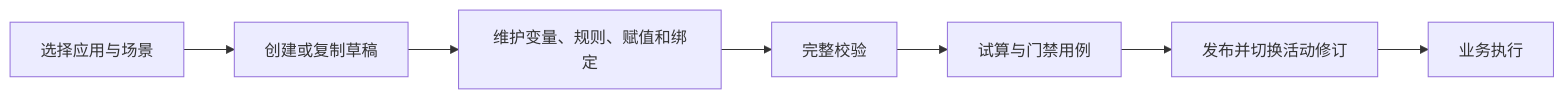
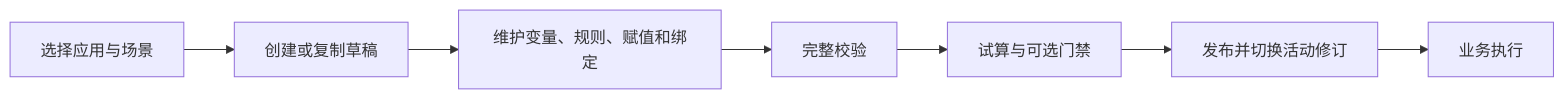
Before and after one commit to zhousl0801/NRuleEngine: the diagram in docs/product/features.md, drawn with Mermaid. The commit also changed other lines of this file and 69 other files, not shown here.

````diff
--- a/docs/product/features.md
+++ b/docs/product/features.md
@@ -84,9 +86,9 @@
 ```mermaid
 flowchart LR
     A[选择应用与场景] --> B[创建或复制草稿]
     B --> C[维护变量、规则、赋值和绑定]
     C --> D[完整校验]
-    D --> E[试算与门禁用例]
+    D --> E[试算与可选门禁]
     E --> F[发布并切换活动修订]
     F --> G[业务执行]
 ```
````
